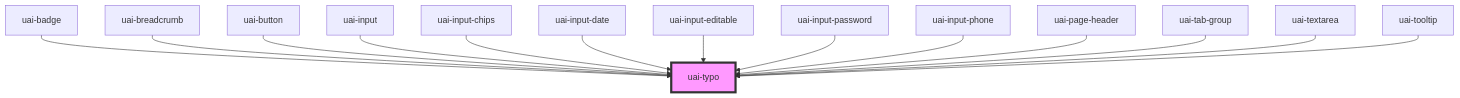
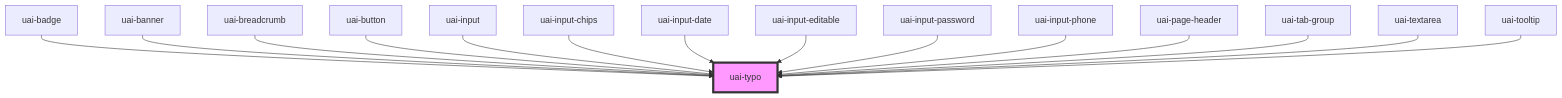
One commit to takenet/blip-ds changed the diagram in src/components/uai-typo/readme.md. Above: the diagram before and after it, drawn with Mermaid. The commit also changed other lines of this file and 20 other files, not shown here.

First line of the commit message:
feat(uai-banner): add UAI banner and deprecate bds-banner FROH-89

````diff
--- a/src/components/uai-typo/readme.md
+++ b/src/components/uai-typo/readme.md
@@ -62,17 +63,18 @@
 ```mermaid
 graph TD;
   uai-badge --> uai-typo
+  uai-banner --> uai-typo
   uai-breadcrumb --> uai-typo
   uai-button --> uai-typo
   uai-input --> uai-typo
   uai-input-chips --> uai-typo
   uai-input-date --> uai-typo
   uai-input-editable --> uai-typo
   uai-input-password --> uai-typo
   uai-input-phone --> uai-typo
   uai-page-header --> uai-typo
   uai-tab-group --> uai-typo
   uai-textarea --> uai-typo
   uai-tooltip --> uai-typo
   style uai-typo fill:#f9f,stroke:#333,stroke-width:4px
 ```
````
